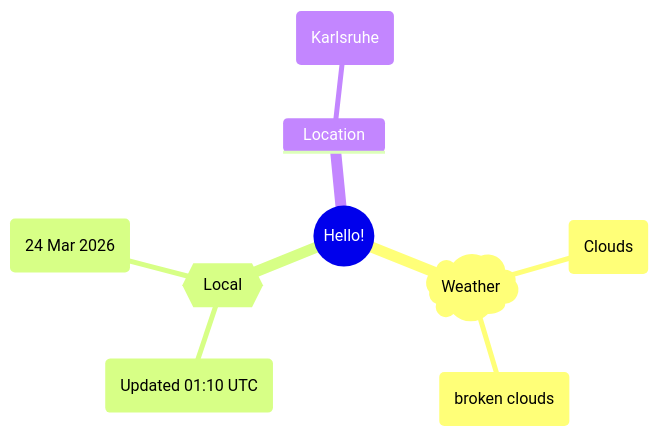
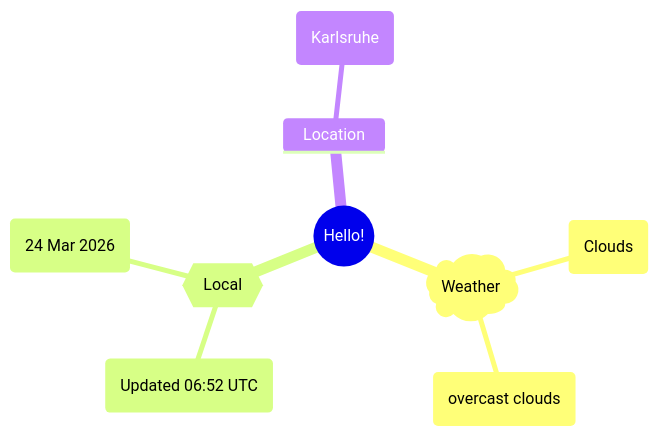
The first of 2 diagrams in README.md (Xosrov/Xosrov), drawn with Mermaid before and after one commit.

Commit message:
[bot] updated images

````diff
--- a/README.md
+++ b/README.md
@@ -3,12 +3,12 @@
 ```mermaid
 mindmap
   root((Hello!))
     )Weather(
         (Clouds)
-        (broken clouds)
+        (overcast clouds)
     {{Local}}
-        (Updated 01:10 UTC)
+        (Updated 06:52 UTC)
         (24 Mar 2026)
     Location
         (Karlsruhe)
 ```
````
